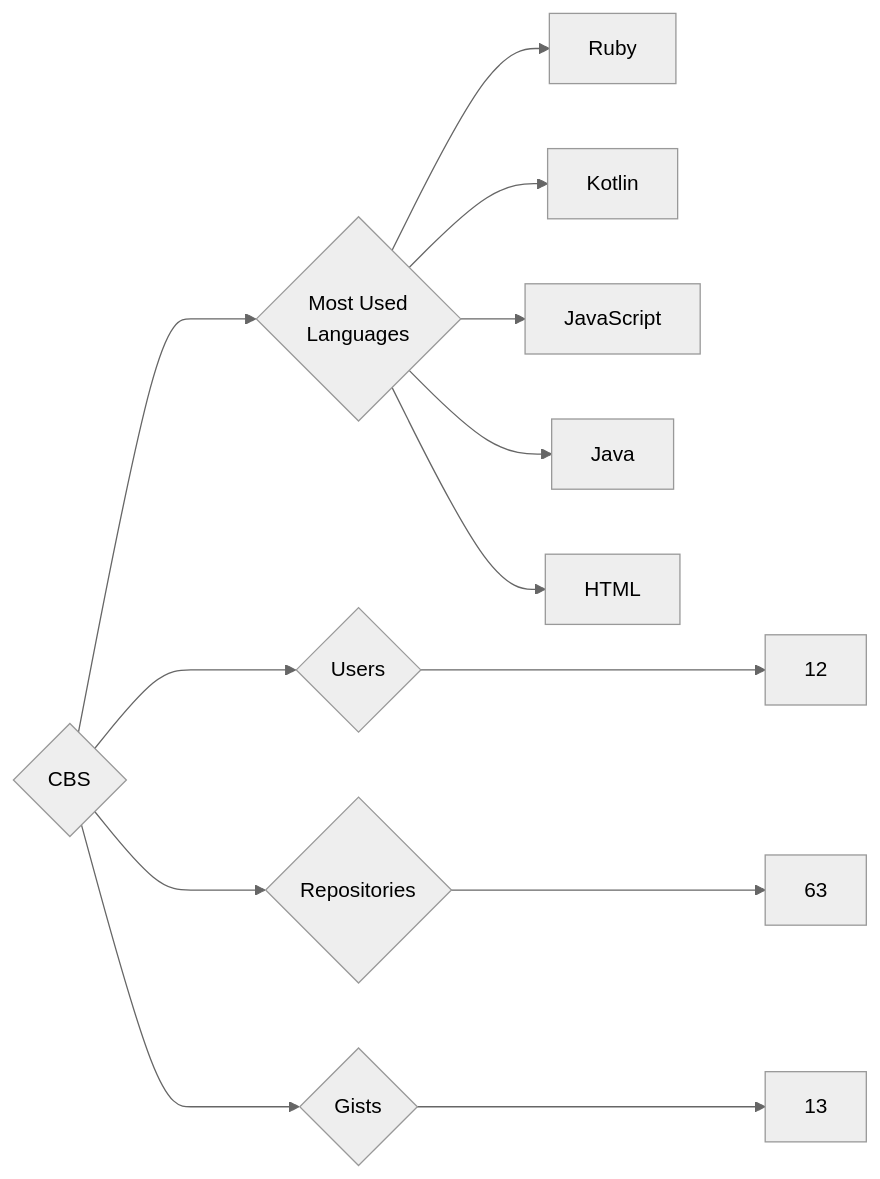
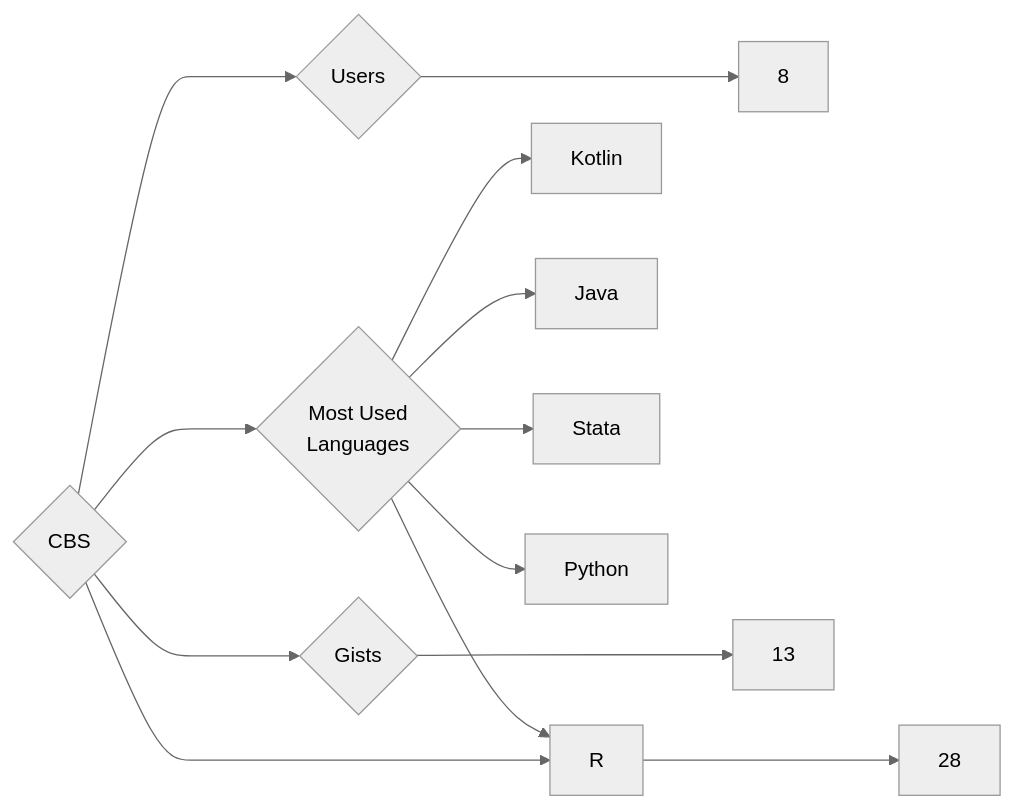
The diagram in targets/CBS/README.md (trickest/insiders), drawn with Mermaid (neutral theme) before and after one commit. The commit also changed 872 other files, not shown here.

````diff
--- a/targets/CBS/README.md
+++ b/targets/CBS/README.md
@@ -3,13 +3,13 @@
 ```mermaid
 graph LR
 COMPANY_NAME{CBS}
-COMPANY_NAME ---> U{Users} ---> UN[12]
-COMPANY_NAME ---> R{Repositories} ---> RN[63]
+COMPANY_NAME ---> U{Users} ---> UN[8]
+COMPANY_NAME ---> R{Repositories} ---> RN[28]
 COMPANY_NAME ---> G{Gists} ---> GN[13]
 COMPANY_NAME ---> ML{Most Used<br>Languages}
-ML --> Ruby[Ruby]
 ML --> Kotlin[Kotlin]
-ML --> JavaScript[JavaScript]
 ML --> Java[Java]
-ML --> HTML[HTML]
+ML --> R[R]
+ML --> Stata[Stata]
+ML --> Python[Python]
 ```
````
